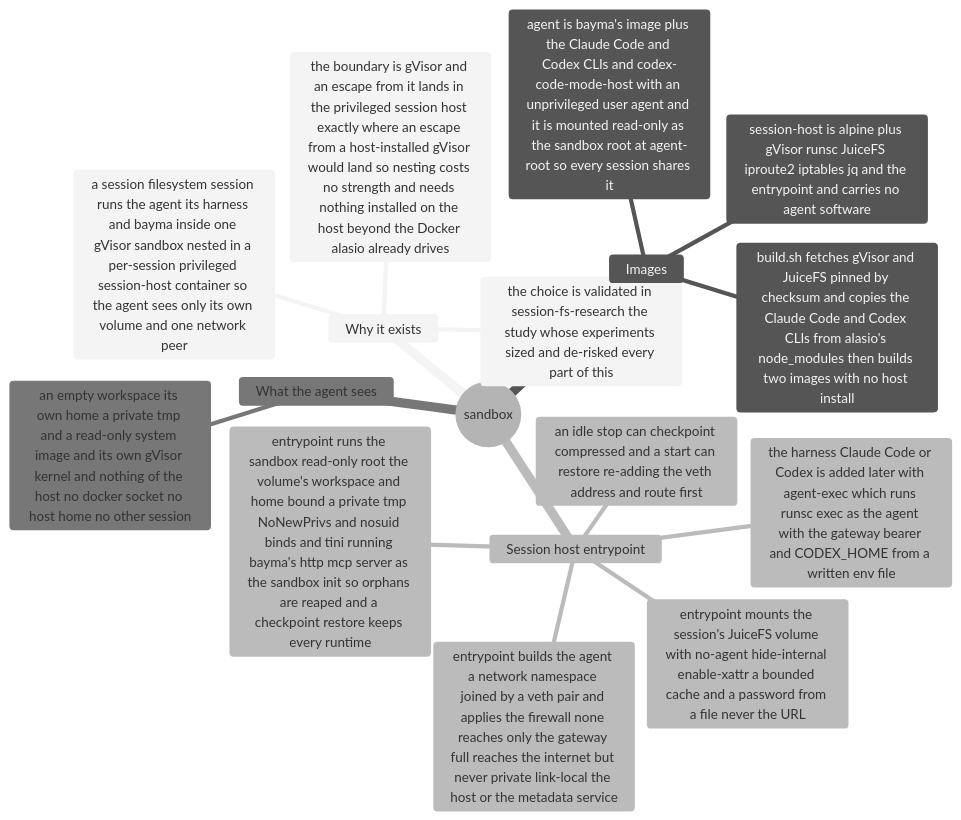
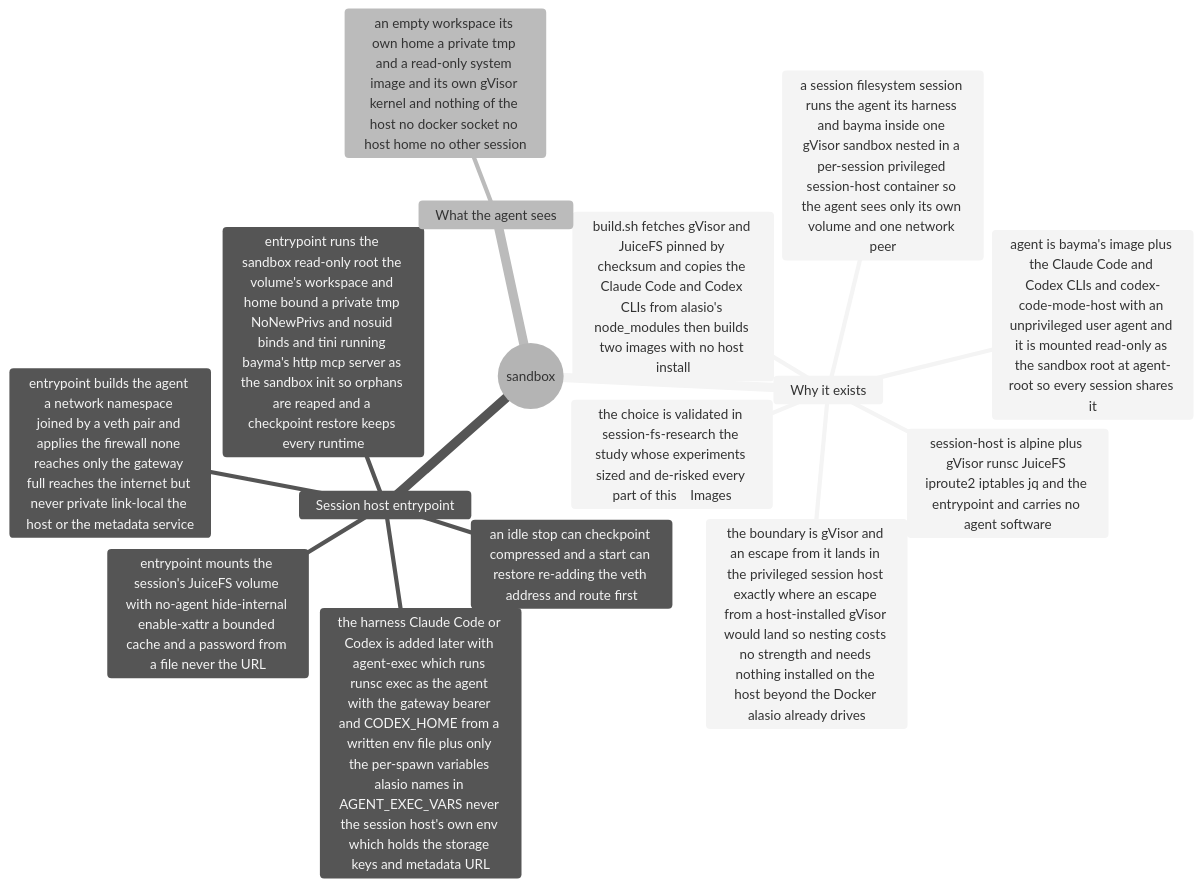
One commit to eaucoin/alasio changed the first of 3 diagrams in sandbox/README.md. Above: the diagram before and after it, drawn with Mermaid (neutral theme). The commit also changed other lines of this file and 4 other files, not shown here.

First line of the commit message:
Keep the session host's environment out of the sandbox

````diff
--- a/sandbox/README.md
+++ b/sandbox/README.md
@@ -2,20 +2,19 @@
 ```mermaid
 mindmap
   root((sandbox))
     Why it exists
       a session filesystem session runs the agent its harness and bayma inside one gVisor sandbox nested in a per-session privileged session-host container so the agent sees only its own volume and one network peer
       the boundary is gVisor and an escape from it lands in the privileged session host exactly where an escape from a host-installed gVisor would land so nesting costs no strength and needs nothing installed on the host beyond the Docker alasio already drives
-      the choice is validated in session-fs-research the study whose experiments sized and de-risked every part of this
-    Images
+      the choice is validated in session-fs-research the study whose experiments sized and de-risked every part of this    Images
       build.sh fetches gVisor and JuiceFS pinned by checksum and copies the Claude Code and Codex CLIs from alasio's node_modules then builds two images with no host install
       session-host is alpine plus gVisor runsc JuiceFS iproute2 iptables jq and the entrypoint and carries no agent software
       agent is bayma's image plus the Claude Code and Codex CLIs and codex-code-mode-host with an unprivileged user agent and it is mounted read-only as the sandbox root at agent-root so every session shares it
     Session host entrypoint
       entrypoint mounts the session's JuiceFS volume with no-agent hide-internal enable-xattr a bounded cache and a password from a file never the URL
       entrypoint builds the agent a network namespace joined by a veth pair and applies the firewall none reaches only the gateway full reaches the internet but never private link-local the host or the metadata service
       entrypoint runs the sandbox read-only root the volume's workspace and home bound a private tmp NoNewPrivs and nosuid binds and tini running bayma's http mcp server as the sandbox init so orphans are reaped and a checkpoint restore keeps every runtime
-      the harness Claude Code or Codex is added later with agent-exec which runs runsc exec as the agent with the gateway bearer and CODEX_HOME from a written env file
+      the harness Claude Code or Codex is added later with agent-exec which runs runsc exec as the agent with the gateway bearer and CODEX_HOME from a written env file plus only the per-spawn variables alasio names in AGENT_EXEC_VARS never the session host's own env which holds the storage keys and metadata URL
       an idle stop can checkpoint compressed and a start can restore re-adding the veth address and route first
     What the agent sees
       an empty workspace its own home a private tmp and a read-only system image and its own gVisor kernel and nothing of the host no docker socket no host home no other session
 ```
````
